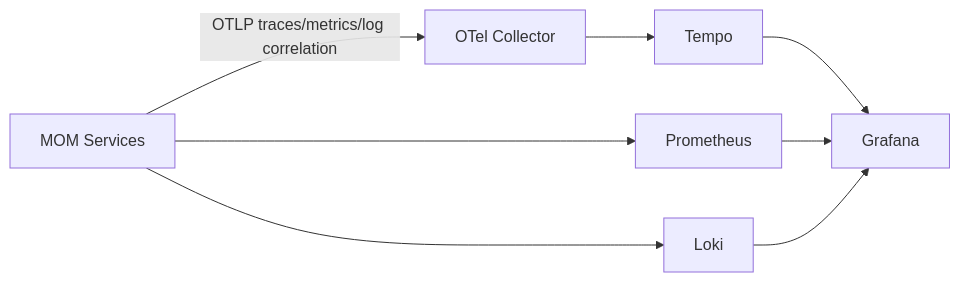
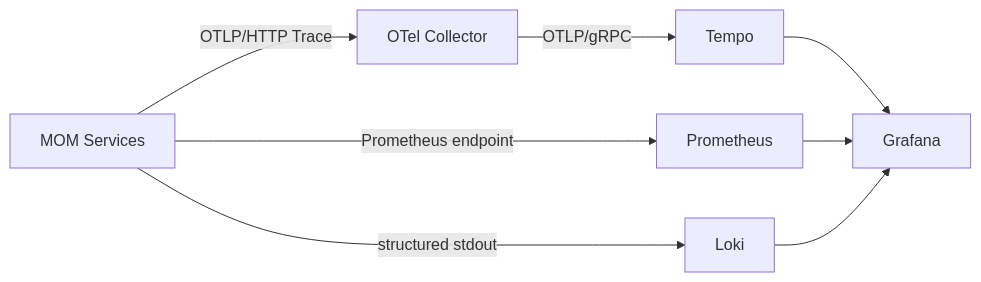
One commit to Chris-co-shi/mom-platform changed the diagram in docs/architecture/可观测性架构.md. Above: the diagram before and after it, drawn with Mermaid. The commit also changed other lines of this file and 27 other files, not shown here.

````diff
--- a/docs/architecture/可观测性架构.md
+++ b/docs/architecture/可观测性架构.md
@@ -22,10 +22,10 @@
 ```mermaid
 flowchart LR
-  APP[MOM Services] -->|OTLP traces/metrics/log correlation| COL[OTel Collector]
-  COL --> TEMPO[Tempo]
-  APP --> PROM[Prometheus]
-  APP --> LOKI[Loki]
+  APP[MOM Services] -->|OTLP/HTTP Trace| COL[OTel Collector]
+  COL -->|OTLP/gRPC| TEMPO[Tempo]
+  APP -->|Prometheus endpoint| PROM[Prometheus]
+  APP -->|structured stdout| LOKI[Loki]
   TEMPO --> GRAFANA[Grafana]
   PROM --> GRAFANA
   LOKI --> GRAFANA
 ```
````
